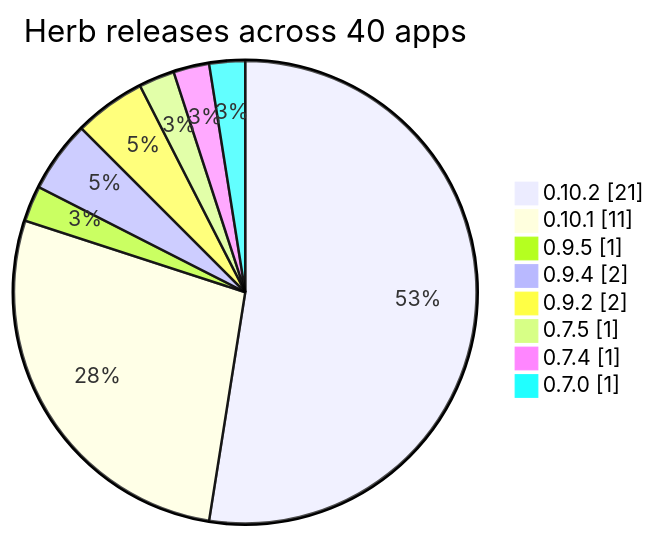
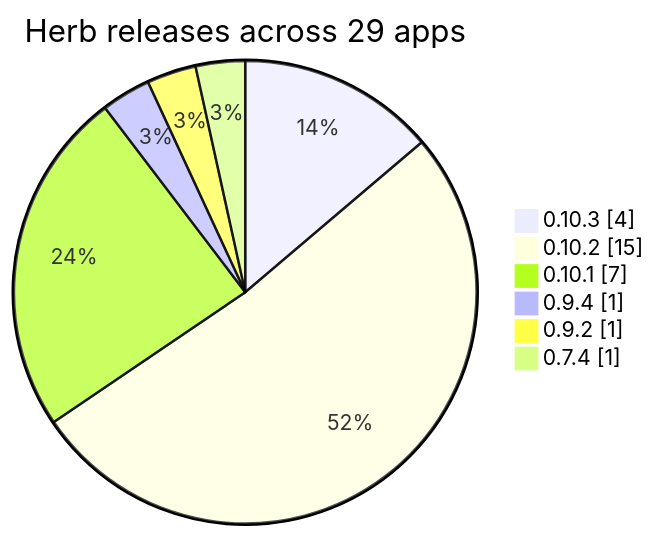
One commit to marcoroth/herb-corpus changed the second of 2 diagrams in README.md. Above: the diagram before and after it, drawn with Mermaid. The commit also changed other lines of this file and 1083 other files, not shown here.

````diff
--- a/README.md
+++ b/README.md
@@ -428,12 +370,10 @@
 ```mermaid
 pie showData
-  title Herb releases across 40 apps
-  "0.10.2" : 21
-  "0.10.1" : 11
-  "0.9.5" : 1
-  "0.9.4" : 2
-  "0.9.2" : 2
-  "0.7.5" : 1
+  title Herb releases across 29 apps
+  "0.10.3" : 4
+  "0.10.2" : 15
+  "0.10.1" : 7
+  "0.9.4" : 1
+  "0.9.2" : 1
   "0.7.4" : 1
-  "0.7.0" : 1
 ```
````
